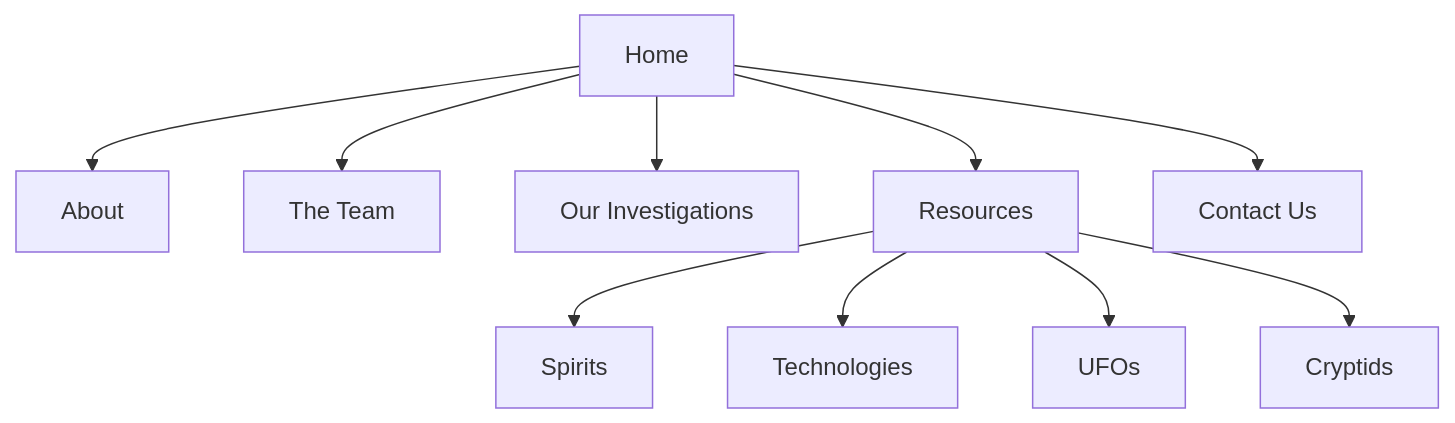
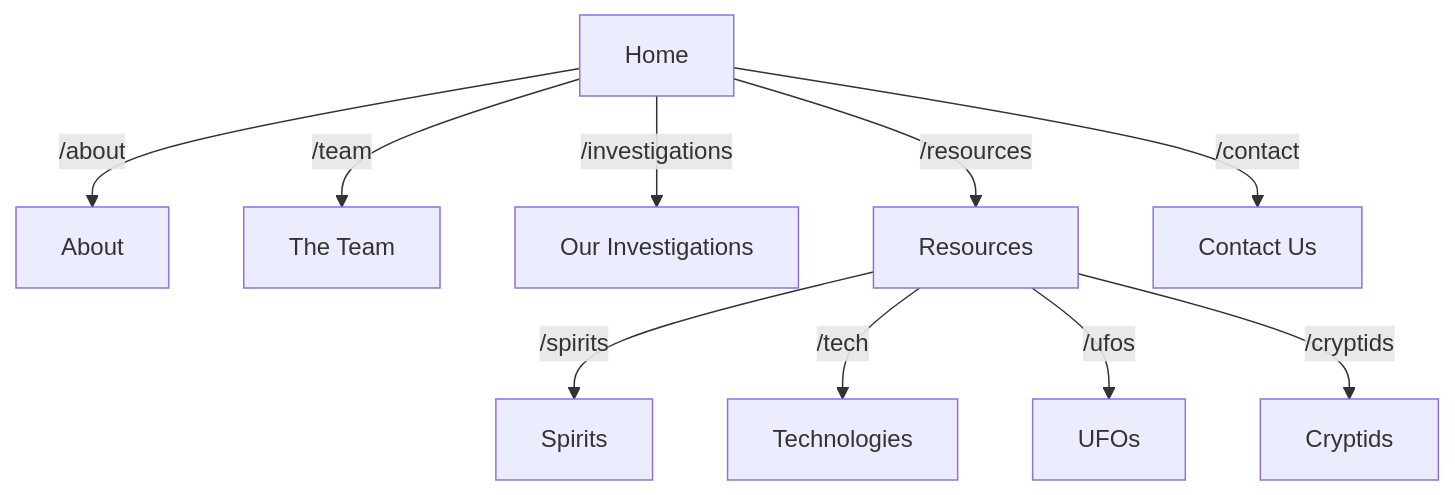
Before and after one commit to Skylands-Developers/skylands-paranormal: the diagram in README.md, drawn with Mermaid. The commit also changed other lines of this file and 1 other file, not shown here.

Commit message:
Cleanup from remix-run

````diff
--- a/README.md
+++ b/README.md
@@ -15,12 +18,12 @@
 ```mermaid
 flowchart TB;
-	Home-->About;
-	Home-->TheTeam[The Team];
-	Home-->OurInvestigations[Our Investigations];
-	Home-->Resources;
-	Home-->ContactUs[Contact Us];
-	Resources-->Spirits
-	Resources-->Technologies
-	Resources-->UFOs
-	Resources-->Cryptids
+	Home--/about-->About;
+	Home--/team-->TheTeam[The Team];
+	Home--/investigations-->OurInvestigations[Our Investigations];
+	Home--/resources-->Resources;
+	Home--/contact-->ContactUs[Contact Us];
+	Resources--/spirits-->Spirits
+	Resources--/tech-->Technologies
+	Resources--/ufos-->UFOs
+	Resources--/cryptids-->Cryptids
 ```
````
